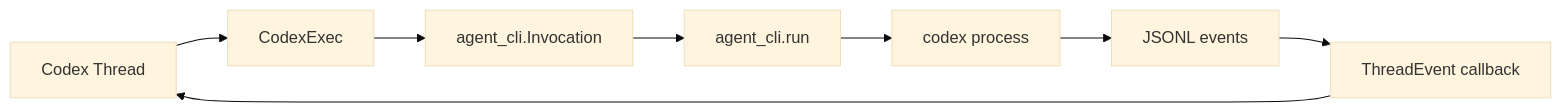
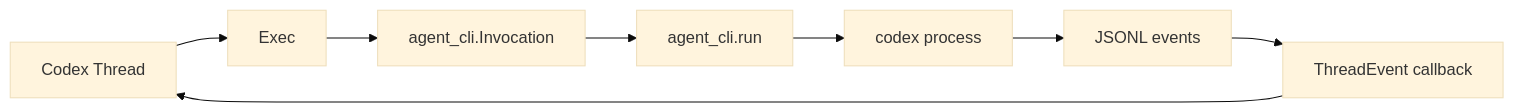
The first of 2 diagrams in README.mbt.md (totto2727-org/codex-sdk), drawn with Mermaid (base theme) before and after one commit. The commit also changed other lines of this file and 10 other files, not shown here.

````diff
--- a/README.mbt.md
+++ b/README.mbt.md
@@ -105,10 +105,10 @@
 ```mermaid
 flowchart LR
-  Thread[Codex Thread] --> Exec[CodexExec]
+  Thread[Codex Thread] --> Exec[Exec]
   Exec --> Invocation[agent_cli.Invocation]
   Invocation --> Run[agent_cli.run]
   Run --> Process[codex process]
   Process --> Jsonl[JSONL events]
   Jsonl --> Event[ThreadEvent callback]
   Event --> Thread
 ```
````
